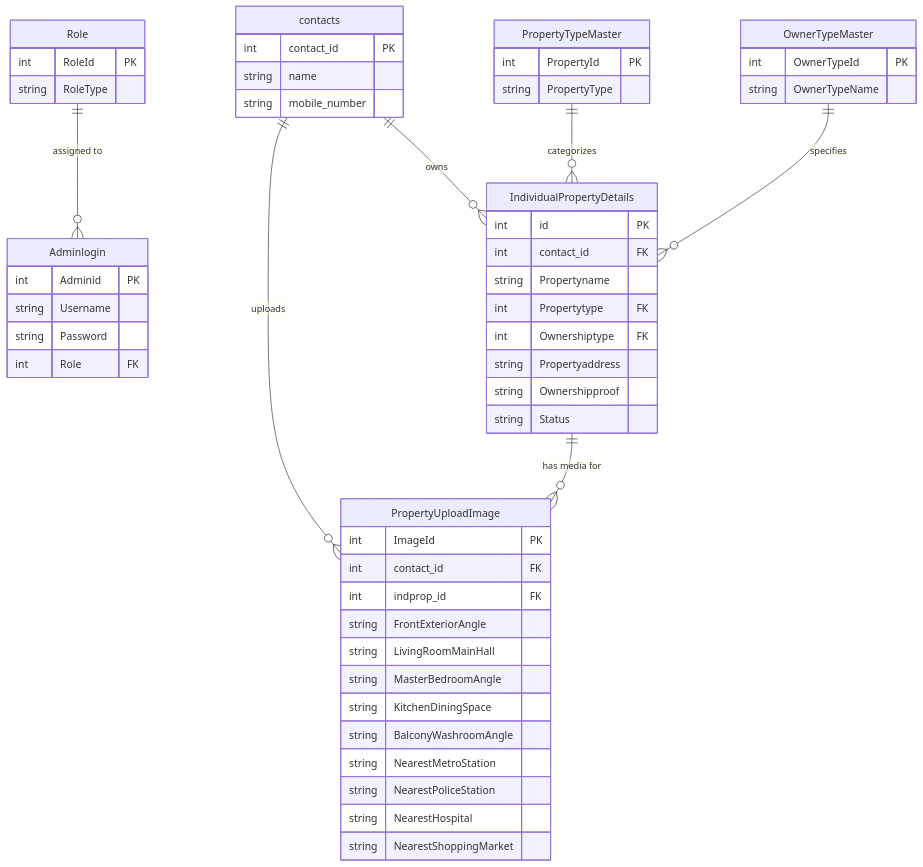
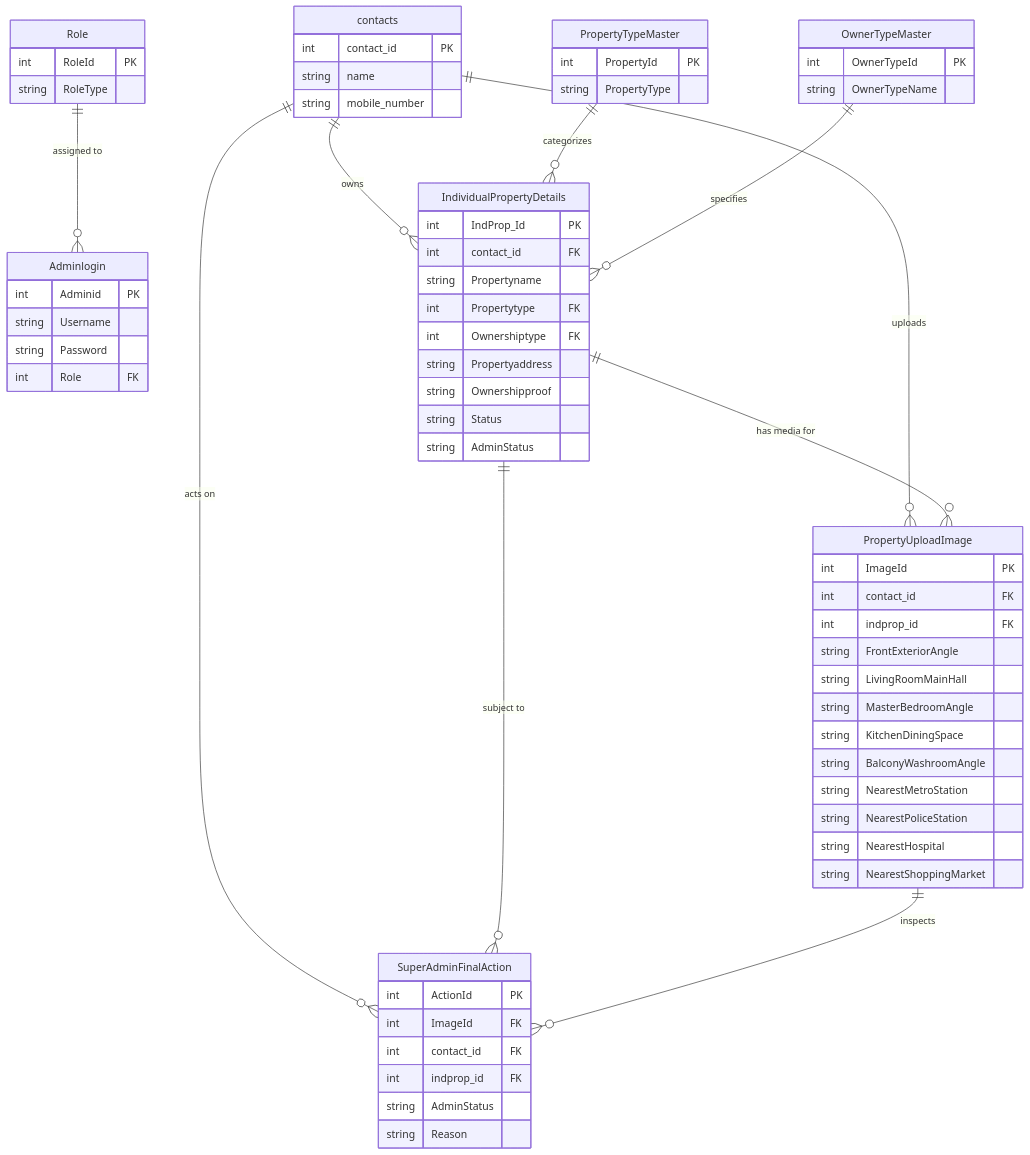
One commit to Anantbhardwaj2003/ProjectRE changed the third of 3 diagrams in README.md. Above: the diagram before and after it, drawn with Mermaid. The commit also changed other lines of this file, not shown here.

Commit message:
docs: update README with Superadmin control center and pagination details

````diff
--- a/README.md
+++ b/README.md
@@ -215,63 +248,76 @@
 ```mermaid
 erDiagram
     Role ||--o{ Adminlogin : "assigned to"
     contacts ||--o{ IndividualPropertyDetails : "owns"
     contacts ||--o{ PropertyUploadImage : "uploads"
+    contacts ||--o{ SuperAdminFinalAction : "acts on"
     PropertyTypeMaster ||--o{ IndividualPropertyDetails : "categorizes"
     OwnerTypeMaster ||--o{ IndividualPropertyDetails : "specifies"
     IndividualPropertyDetails ||--o{ PropertyUploadImage : "has media for"
+    IndividualPropertyDetails ||--o{ SuperAdminFinalAction : "subject to"
+    PropertyUploadImage ||--o{ SuperAdminFinalAction : "inspects"
 
     Role {
         int RoleId PK
         string RoleType
     }
 
     Adminlogin {
         int Adminid PK
         string Username
         string Password
         int Role FK
     }
 
     contacts {
         int contact_id PK
         string name
         string mobile_number
     }
 
     PropertyTypeMaster {
         int PropertyId PK
         string PropertyType
     }
 
     OwnerTypeMaster {
         int OwnerTypeId PK
         string OwnerTypeName
     }
 
     IndividualPropertyDetails {
-        int id PK
+        int IndProp_Id PK
         int contact_id FK
         string Propertyname
         int Propertytype FK
         int Ownershiptype FK
         string Propertyaddress
         string Ownershipproof
         string Status
+        string AdminStatus
     }
 
     PropertyUploadImage {
         int ImageId PK
         int contact_id FK
         int indprop_id FK
         string FrontExteriorAngle
         string LivingRoomMainHall
         string MasterBedroomAngle
         string KitchenDiningSpace
         string BalconyWashroomAngle
         string NearestMetroStation
         string NearestPoliceStation
         string NearestHospital
         string NearestShoppingMarket
     }
+
+    SuperAdminFinalAction {
+        int ActionId PK
+        int ImageId FK
+        int contact_id FK
+        int indprop_id FK
+        string AdminStatus
+        string Reason
+    }
 ```
````
